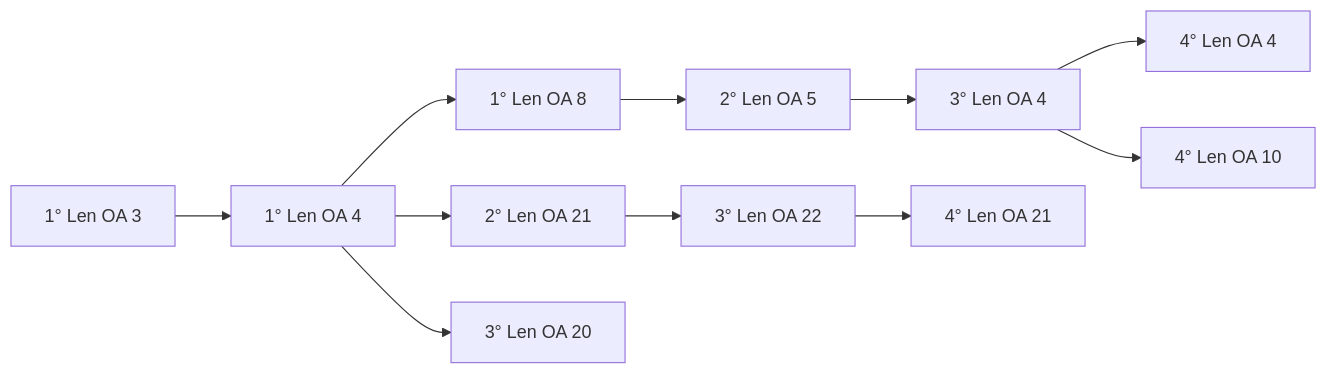
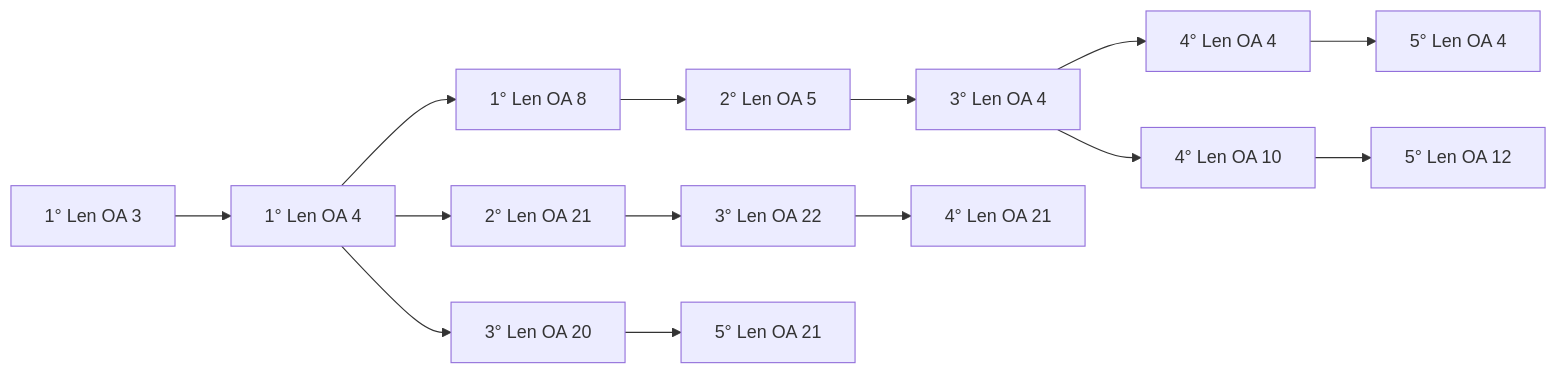
Before and after one commit to seanduarteu-cyber/PRODUCCION-PLAYMAKER: the second of 4 diagrams in expedicion-saber/docs/progresion.md, drawn with Mermaid. The commit also changed other lines of this file and 11 other files, not shown here.

````diff
--- a/expedicion-saber/docs/progresion.md
+++ b/expedicion-saber/docs/progresion.md
@@ -53,13 +53,16 @@
 ```mermaid
 flowchart LR
   1_basico_lenguaje_OA3["1° Len OA 3"] --> 1_basico_lenguaje_OA4["1° Len OA 4"]
   1_basico_lenguaje_OA4["1° Len OA 4"] --> 1_basico_lenguaje_OA8["1° Len OA 8"]
   1_basico_lenguaje_OA8["1° Len OA 8"] --> 2_basico_lenguaje_OA5["2° Len OA 5"]
   1_basico_lenguaje_OA4["1° Len OA 4"] --> 2_basico_lenguaje_OA21["2° Len OA 21"]
   2_basico_lenguaje_OA5["2° Len OA 5"] --> 3_basico_lenguaje_OA4["3° Len OA 4"]
   1_basico_lenguaje_OA4["1° Len OA 4"] --> 3_basico_lenguaje_OA20["3° Len OA 20"]
   2_basico_lenguaje_OA21["2° Len OA 21"] --> 3_basico_lenguaje_OA22["3° Len OA 22"]
   3_basico_lenguaje_OA4["3° Len OA 4"] --> 4_basico_lenguaje_OA4["4° Len OA 4"]
   3_basico_lenguaje_OA4["3° Len OA 4"] --> 4_basico_lenguaje_OA10["4° Len OA 10"]
   3_basico_lenguaje_OA22["3° Len OA 22"] --> 4_basico_lenguaje_OA21["4° Len OA 21"]
+  4_basico_lenguaje_OA4["4° Len OA 4"] --> 5_basico_lenguaje_OA4["5° Len OA 4"]
+  4_basico_lenguaje_OA10["4° Len OA 10"] --> 5_basico_lenguaje_OA12["5° Len OA 12"]
+  3_basico_lenguaje_OA20["3° Len OA 20"] --> 5_basico_lenguaje_OA21["5° Len OA 21"]
 ```
````
